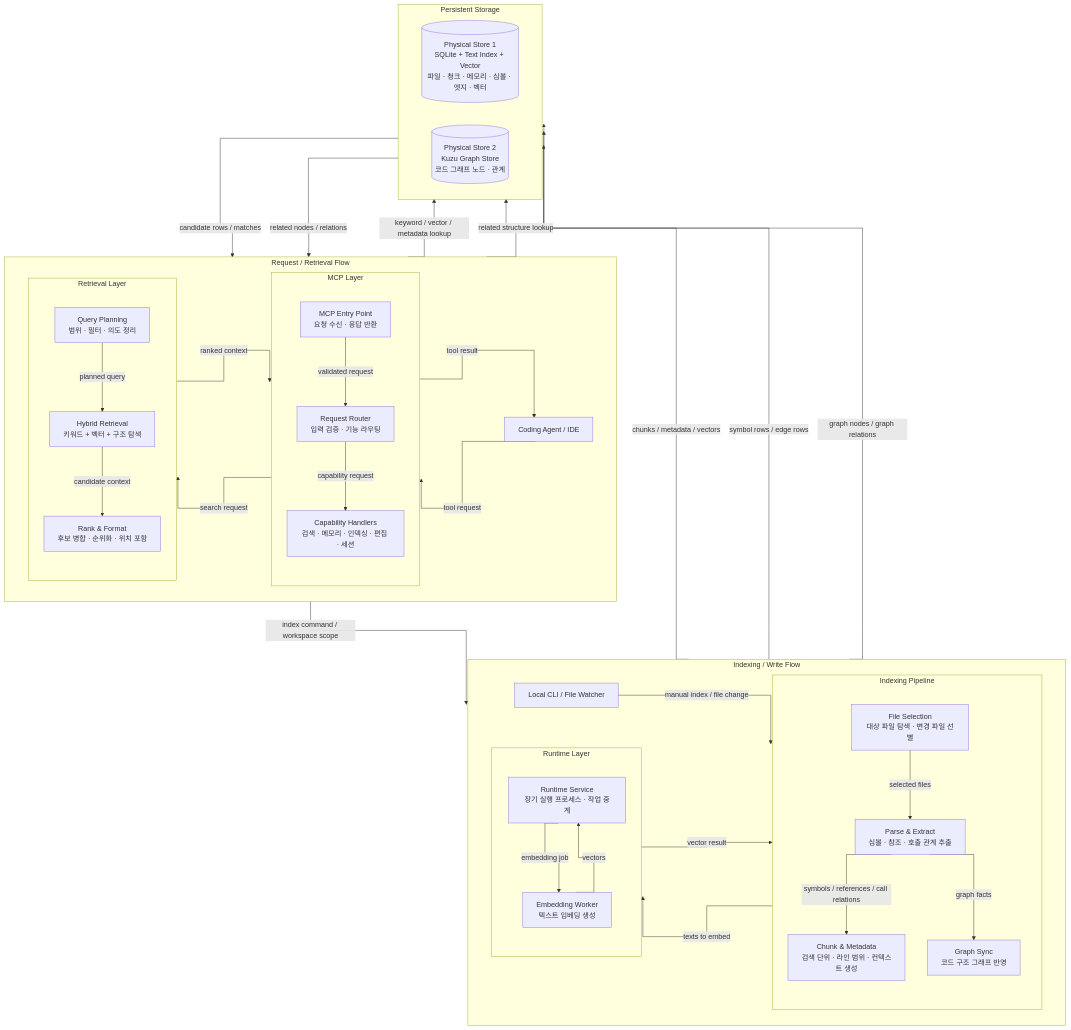
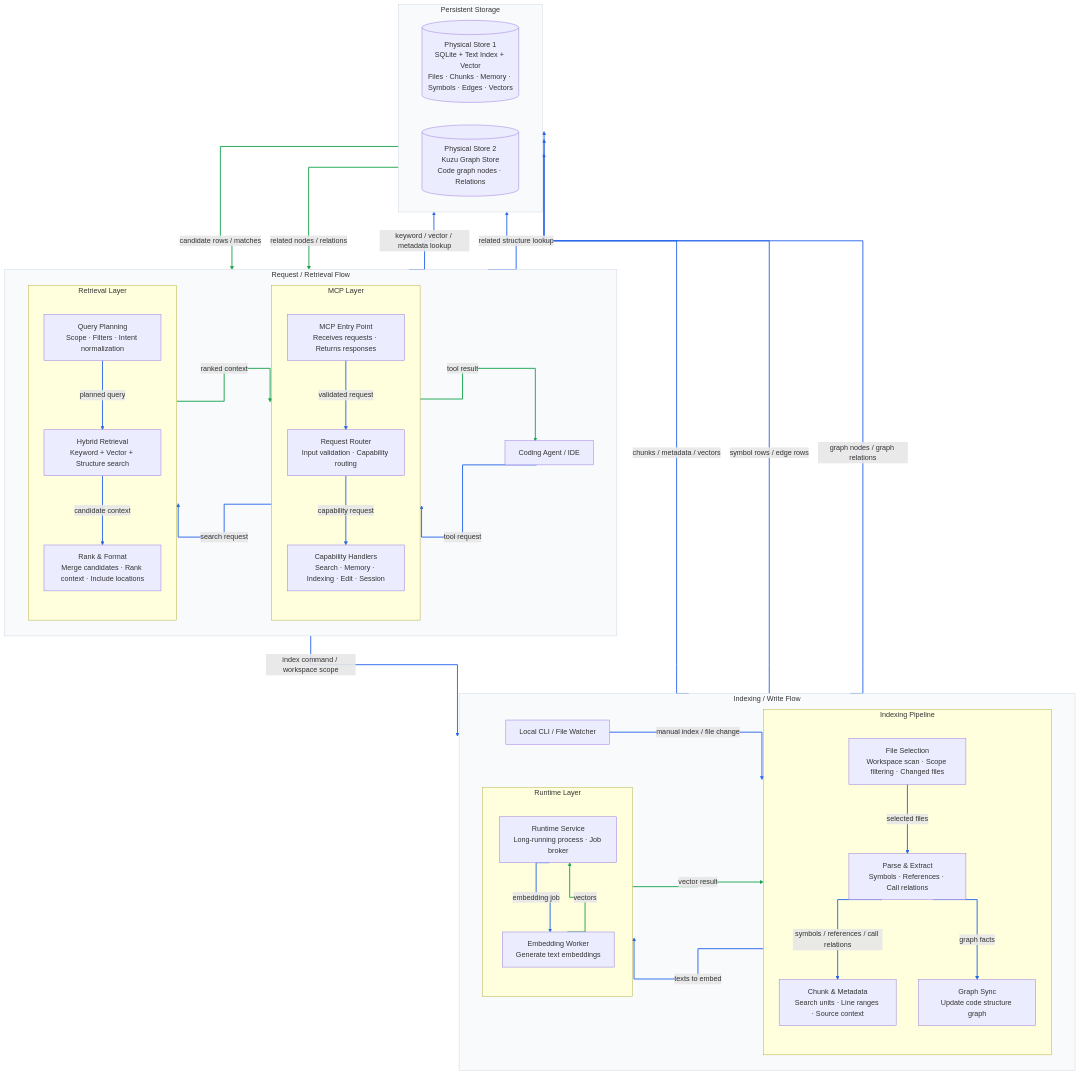
Before and after one commit to kth3/Cortex-agent: the diagram in README.en.md, drawn with Mermaid. The commit also changed 1 other file, not shown here.

Commit message:
docs: fix graph

````diff
--- a/README.en.md
+++ b/README.en.md
@@ -29,16 +29,16 @@
 
     subgraph MCP["MCP Layer"]
       direction TB
-      Entry["MCP Entry Point<br/>요청 수신 · 응답 반환"]
-      Router["Request Router<br/>입력 검증 · 기능 라우팅"]
-      Handler["Capability Handlers<br/>검색 · 메모리 · 인덱싱 · 편집 · 세션"]
+      Entry["MCP Entry Point<br/>Receives requests · Returns responses"]
+      Router["Request Router<br/>Input validation · Capability routing"]
+      Handler["Capability Handlers<br/>Search · Memory · Indexing · Edit · Session"]
     end
 
     subgraph Retrieval["Retrieval Layer"]
       direction TB
-      Plan["Query Planning<br/>범위 · 필터 · 의도 정리"]
-      Search["Hybrid Retrieval<br/>키워드 + 벡터 + 구조 탐색"]
-      Format["Rank & Format<br/>후보 병합 · 순위화 · 위치 포함"]
+      Plan["Query Planning<br/>Scope · Filters · Intent normalization"]
+      Search["Hybrid Retrieval<br/>Keyword + Vector + Structure search"]
+      Format["Rank & Format<br/>Merge candidates · Rank context · Include locations"]
     end
 
     Agent -->|"tool request"| Entry
@@ -58,16 +58,16 @@
 
     subgraph Pipeline["Indexing Pipeline"]
       direction TB
-      FileSelect["File Selection<br/>대상 파일 탐색 · 변경 파일 선별"]
-      Extract["Parse & Extract<br/>심볼 · 참조 · 호출 관계 추출"]
-      Chunk["Chunk & Metadata<br/>검색 단위 · 라인 범위 · 컨텍스트 생성"]
-      GraphSync["Graph Sync<br/>코드 구조 그래프 반영"]
+      FileSelect["File Selection<br/>Workspace scan · Scope filtering · Changed files"]
+      Extract["Parse & Extract<br/>Symbols · References · Call relations"]
+      Chunk["Chunk & Metadata<br/>Search units · Line ranges · Source context"]
+      GraphSync["Graph Sync<br/>Update code structure graph"]
     end
 
     subgraph Runtime["Runtime Layer"]
       direction TB
-      RuntimeService["Runtime Service<br/>장기 실행 프로세스 · 작업 중계"]
-      EmbeddingWorker["Embedding Worker<br/>텍스트 임베딩 생성"]
+      RuntimeService["Runtime Service<br/>Long-running process · Job broker"]
+      EmbeddingWorker["Embedding Worker<br/>Generate text embeddings"]
     end
 
     Local -->|"manual index / file change"| FileSelect
@@ -85,8 +85,8 @@
 
   subgraph Storage["Persistent Storage"]
     direction LR
-    SQLVector[("Physical Store 1<br/>SQLite + Text Index + Vector<br/>파일 · 청크 · 메모리 · 심볼 · 엣지 · 벡터")]
-    GraphDB[("Physical Store 2<br/>Kuzu Graph Store<br/>코드 그래프 노드 · 관계")]
+    SQLVector[("Physical Store 1<br/>SQLite + Text Index + Vector<br/>Files · Chunks · Memory · Symbols · Edges · Vectors")]
+    GraphDB[("Physical Store 2<br/>Kuzu Graph Store<br/>Code graph nodes · Relations")]
   end
 
   Search -->|"keyword / vector / metadata lookup"| SQLVector
@@ -98,4 +98,14 @@
   Chunk -->|"chunks / metadata / vectors"| SQLVector
   Extract -->|"symbol rows / edge rows"| SQLVector
   GraphSync -->|"graph nodes / graph relations"| GraphDB
+
+  %% Input / Request / Write Flow
+  linkStyle 0,1,2,3,4,5,8,9,10,11,12,13,14,17,19,21,22,23 stroke:#2563eb,stroke-width:2px;
+
+  %% Result / Response Flow
+  linkStyle 6,7,15,16,18,20 stroke:#16a34a,stroke-width:2px;
+
+  style RequestFlow fill:#f8fafc,stroke:#cbd5e1
+  style IndexFlow fill:#f8fafc,stroke:#cbd5e1
+  style Storage fill:#f8fafc,stroke:#cbd5e1
 ```
````
